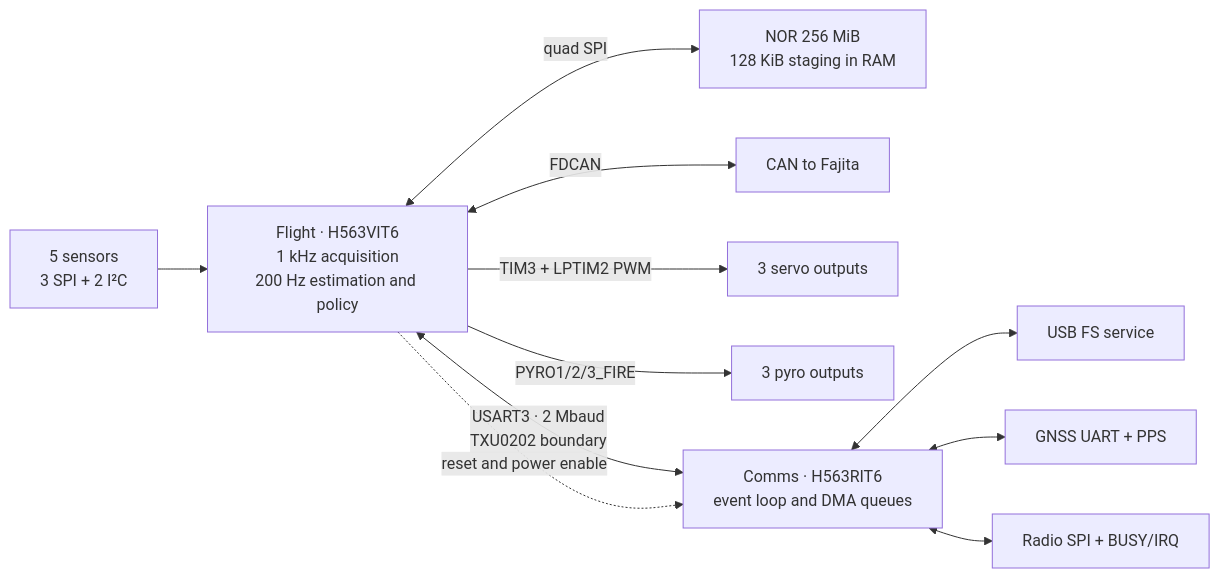
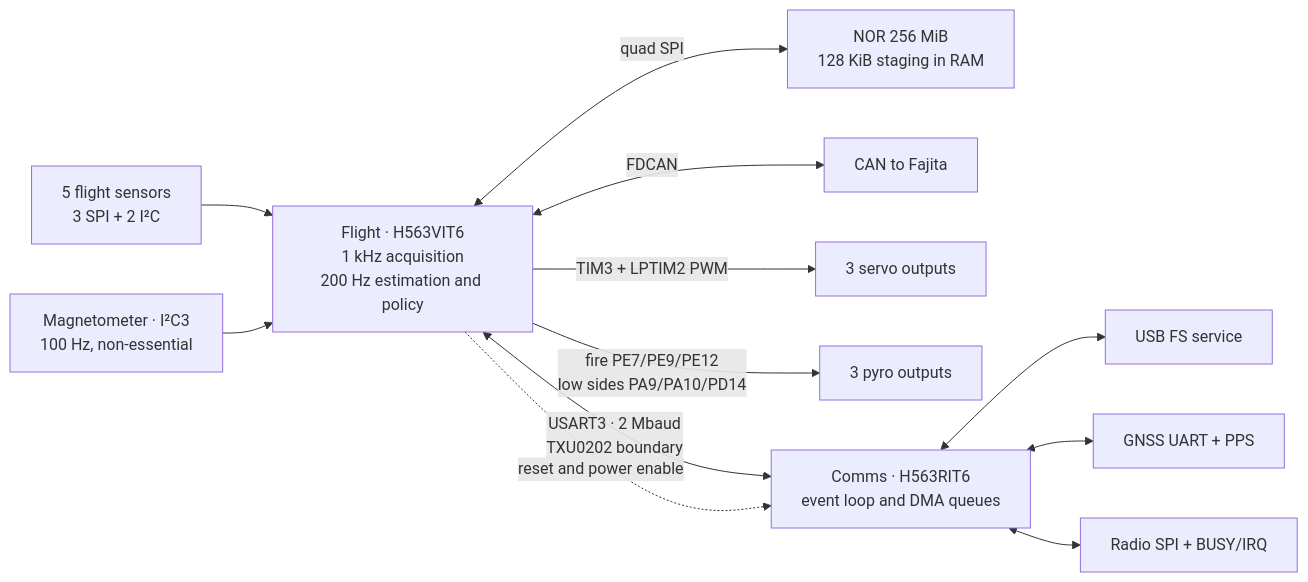
Before and after one commit to ULAS-HiPR/Ogma2: the diagram in docs/architecture/01-mcus.md, drawn with Mermaid. The commit also changed other lines of this file and 32 other files, not shown here.

````diff
--- a/docs/architecture/01-mcus.md
+++ b/docs/architecture/01-mcus.md
@@ -11,19 +11,22 @@
 ```mermaid
 flowchart LR
-  S["5 sensors
+  S["5 flight sensors
 3 SPI + 2 I²C"] --> F["Flight · H563VIT6
 1 kHz acquisition
 200 Hz estimation and policy"]
+  M["Magnetometer · I²C3
+100 Hz, non-essential"] --> F
   F <-->|"quad SPI"| N["NOR 256 MiB
 128 KiB staging in RAM"]
   F <-->|"FDCAN"| V["CAN to Fajita"]
   F -->|"TIM3 + LPTIM2 PWM"| P["3 servo outputs"]
-  F -->|"PYRO1/2/3_FIRE"| O["3 pyro outputs"]
+  F -->|"fire PE7/PE9/PE12
+low sides PA9/PA10/PD14"| O["3 pyro outputs"]
   F <-->|"USART3 · 2 Mbaud
 TXU0202 boundary"| C["Comms · H563RIT6
 event loop and DMA queues"]
   C <--> U["USB FS service"]
   C <--> G["GNSS UART + PPS"]
   C <--> R["Radio SPI + BUSY/IRQ"]
   F -.->|"reset and power enable"| C
 ```
````
